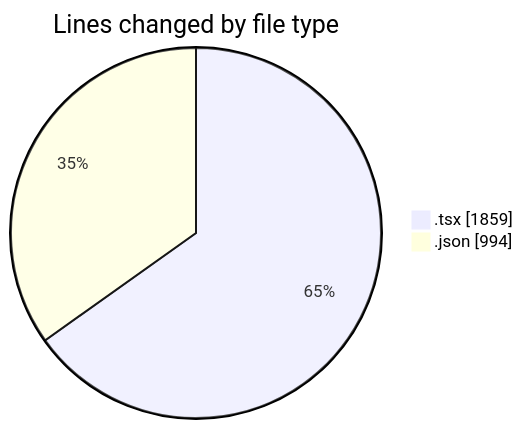
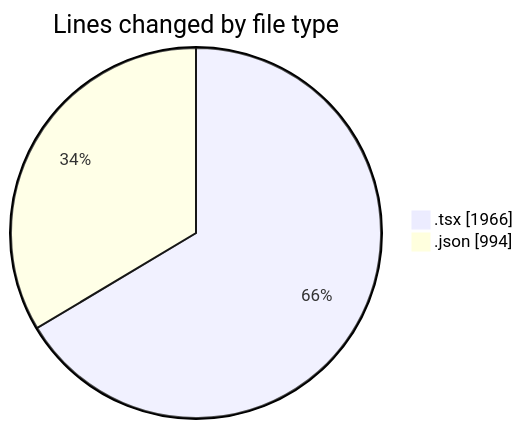
One commit to EIIisD/code-tracking changed the first of 2 diagrams in 2025-08-13/ribbon/README.md. Above: the diagram before and after it, drawn with Mermaid. The commit also changed other lines of this file and 1 other file, not shown here.

````diff
--- a/2025-08-13/ribbon/README.md
+++ b/2025-08-13/ribbon/README.md
@@ -30,6 +31,6 @@
 ```mermaid
 pie showData
 title Lines changed by file type
-".tsx" : 1859
+".tsx" : 1966
 ".json" : 994
 ```
````
